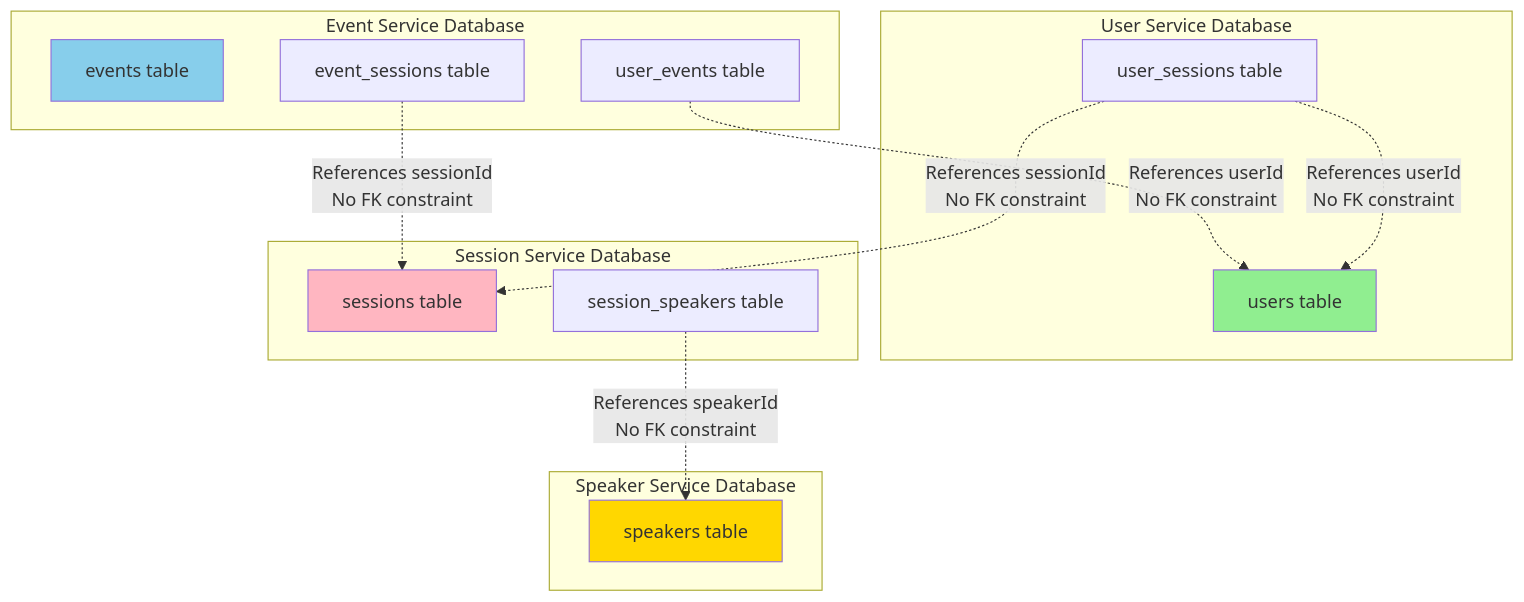
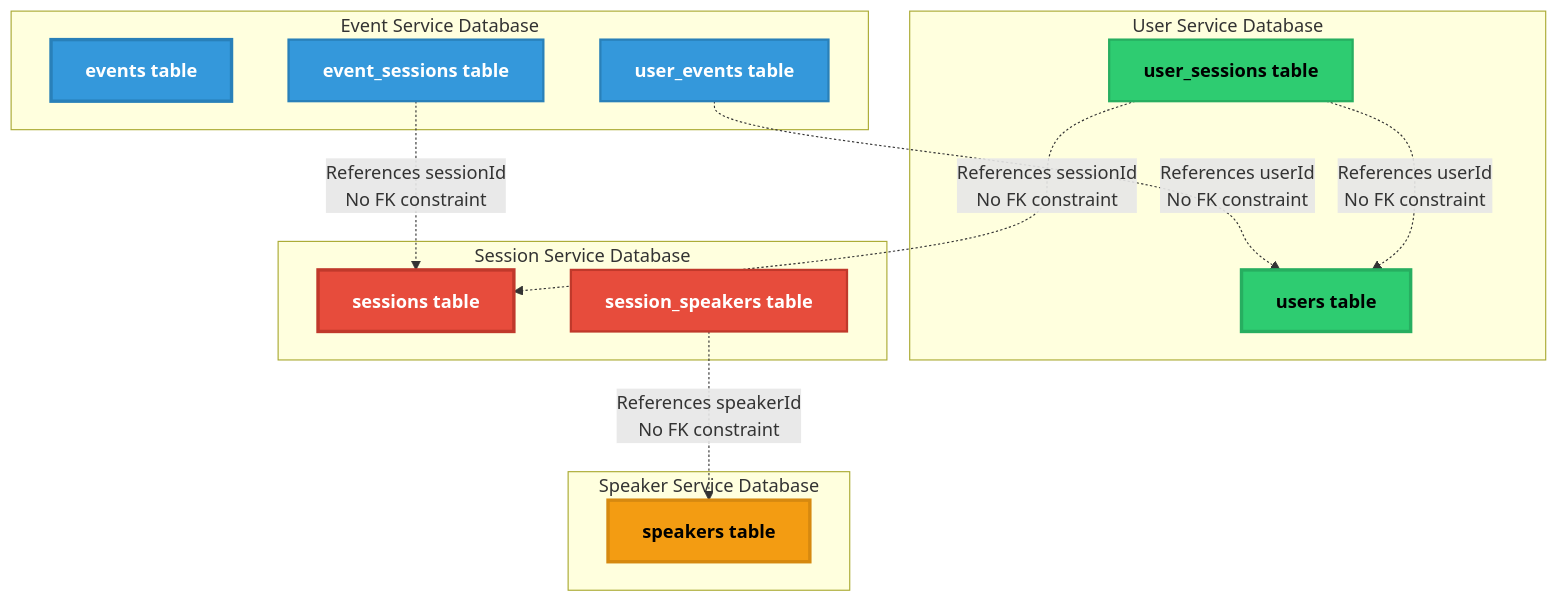
The second of 10 diagrams in diagrams/database-schemas.md (martimmpr/epicjunior-backend-db-course), drawn with Mermaid before and after one commit. The commit also changed other lines of this file and 3 other files, not shown here.

Commit message:
docs: Improved Diagrams Readability.

````diff
--- a/diagrams/database-schemas.md
+++ b/diagrams/database-schemas.md
@@ -220,33 +220,37 @@
 ```mermaid
 graph TB
     subgraph "User Service Database"
-        UT[users table]
-        UST[user_sessions table]
+        UT["<b>users table</b>"]
+        UST["<b>user_sessions table</b>"]
     end
     
     subgraph "Event Service Database"
-        ET[events table]
-        UET[user_events table]
-        EST[event_sessions table]
+        ET["<b>events table</b>"]
+        UET["<b>user_events table</b>"]
+        EST["<b>event_sessions table</b>"]
     end
     
     subgraph "Session Service Database"
-        ST[sessions table]
-        SST[session_speakers table]
+        ST["<b>sessions table</b>"]
+        SST["<b>session_speakers table</b>"]
     end
     
     subgraph "Speaker Service Database"
-        SpT[speakers table]
+        SpT["<b>speakers table</b>"]
     end
     
     UST -.->|References userId<br/>No FK constraint| UT
     UET -.->|References userId<br/>No FK constraint| UT
     UST -.->|References sessionId<br/>No FK constraint| ST
     EST -.->|References sessionId<br/>No FK constraint| ST
     SST -.->|References speakerId<br/>No FK constraint| SpT
     
-    style UT fill:#90EE90
-    style ET fill:#87CEEB
-    style ST fill:#FFB6C1
-    style SpT fill:#FFD700
+    style UT fill:#2ecc71,stroke:#27ae60,stroke-width:3px,color:#000
+    style UST fill:#2ecc71,stroke:#27ae60,stroke-width:2px,color:#000
+    style ET fill:#3498db,stroke:#2980b9,stroke-width:3px,color:#fff
+    style UET fill:#3498db,stroke:#2980b9,stroke-width:2px,color:#fff
+    style EST fill:#3498db,stroke:#2980b9,stroke-width:2px,color:#fff
+    style ST fill:#e74c3c,stroke:#c0392b,stroke-width:3px,color:#fff
+    style SST fill:#e74c3c,stroke:#c0392b,stroke-width:2px,color:#fff
+    style SpT fill:#f39c12,stroke:#d68910,stroke-width:3px,color:#000
 ```
````
